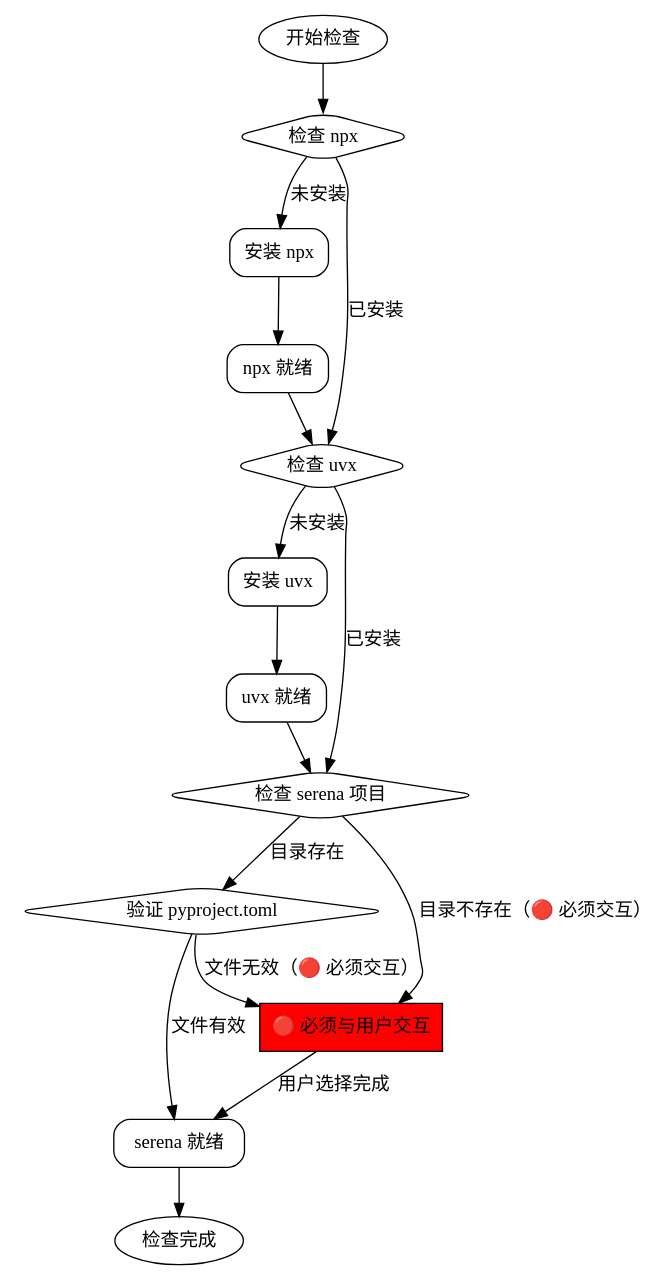
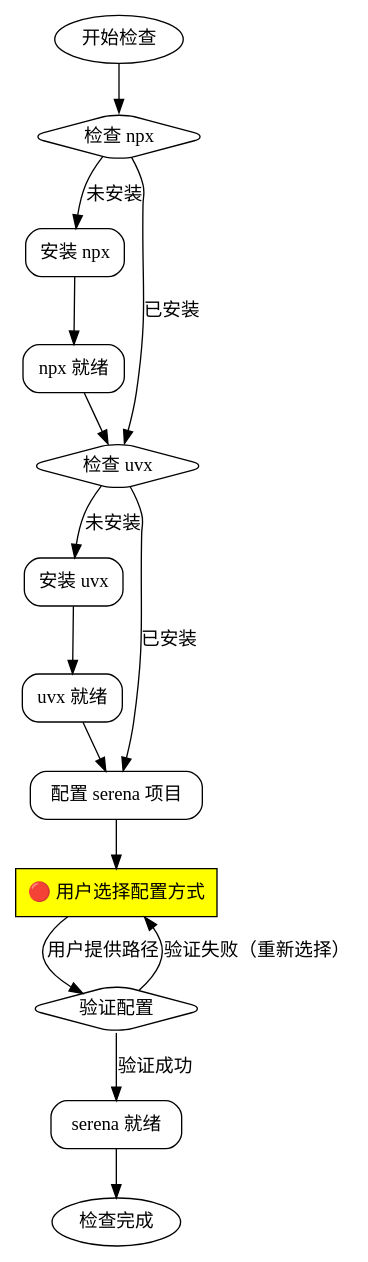
The second of 2 diagrams in skills/pre-check/SKILL.md (ymm512/Cadence-skills), drawn with Graphviz before and after one commit. The commit also changed other lines of this file and 3 other files, not shown here.

````diff
--- a/skills/pre-check/SKILL.md
+++ b/skills/pre-check/SKILL.md
@@ -80,45 +46,44 @@
 ```dot
 digraph check_flow {
     rankdir=TB;
     node [shape=box, style="rounded"];
 
     start [label="开始检查", shape=ellipse];
 
     // 步骤1
     check_npx [label="检查 npx", shape=diamond];
     install_npx [label="安装 npx"];
     npx_done [label="npx 就绪"];
 
     // 步骤2
     check_uvx [label="检查 uvx", shape=diamond];
     install_uvx [label="安装 uvx"];
     uvx_done [label="uvx 就绪"];
 
     // 步骤3
-    check_serena [label="检查 serena 项目", shape=diamond];
-    validate_serena [label="验证 pyproject.toml", shape=diamond];
+    check_serena [label="配置 serena 项目"];
+    user_choice [label="🔴 用户选择配置方式", shape=box, style=filled, fillcolor=yellow];
+    validate_serena [label="验证配置", shape=diamond];
     serena_found [label="serena 就绪"];
-    user_choice [label="🔴 必须与用户交互", shape=box, style=filled, fillcolor=red];
 
     end [label="检查完成", shape=ellipse];
 
     start -> check_npx;
     check_npx -> install_npx [label="未安装"];
     check_npx -> check_uvx [label="已安装"];
     install_npx -> npx_done;
     npx_done -> check_uvx;
 
     check_uvx -> install_uvx [label="未安装"];
     check_uvx -> check_serena [label="已安装"];
     install_uvx -> uvx_done;
     uvx_done -> check_serena;
 
-    check_serena -> validate_serena [label="目录存在"];
-    check_serena -> user_choice [label="目录不存在（🔴 必须交互）"];
-    validate_serena -> serena_found [label="文件有效"];
-    validate_serena -> user_choice [label="文件无效（🔴 必须交互）"];
+    check_serena -> user_choice;
+    user_choice -> validate_serena [label="用户提供路径"];
+    validate_serena -> serena_found [label="验证成功"];
+    validate_serena -> user_choice [label="验证失败（重新选择）"];
 
-    user_choice -> serena_found [label="用户选择完成"];
     serena_found -> end;
 }
 ```
````
